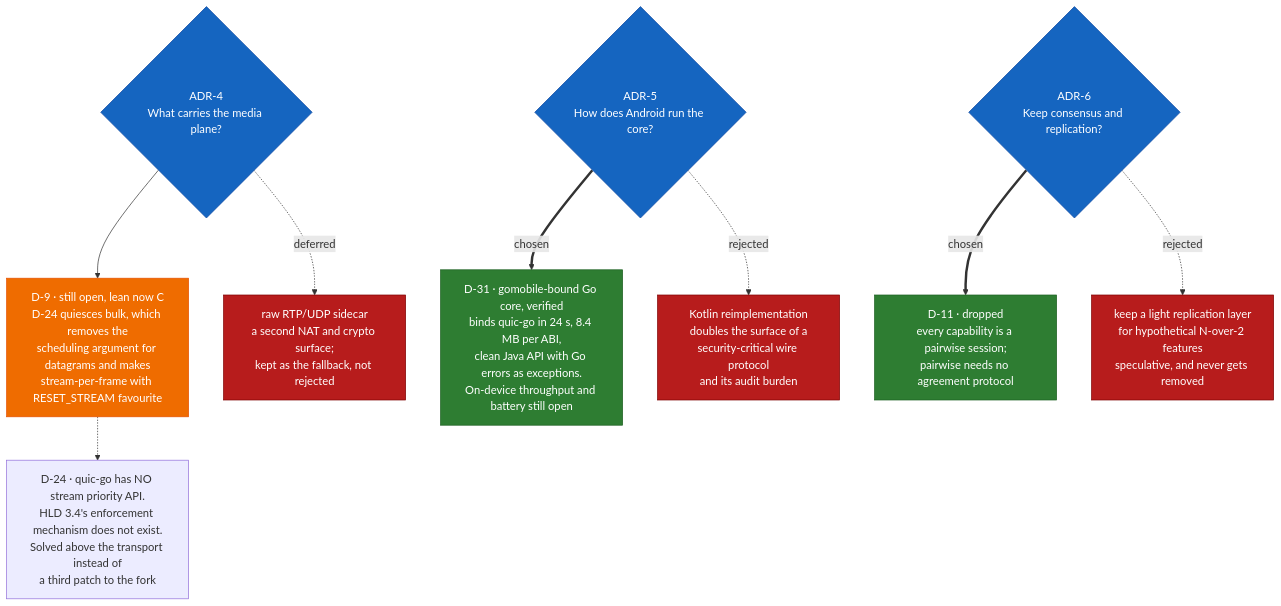
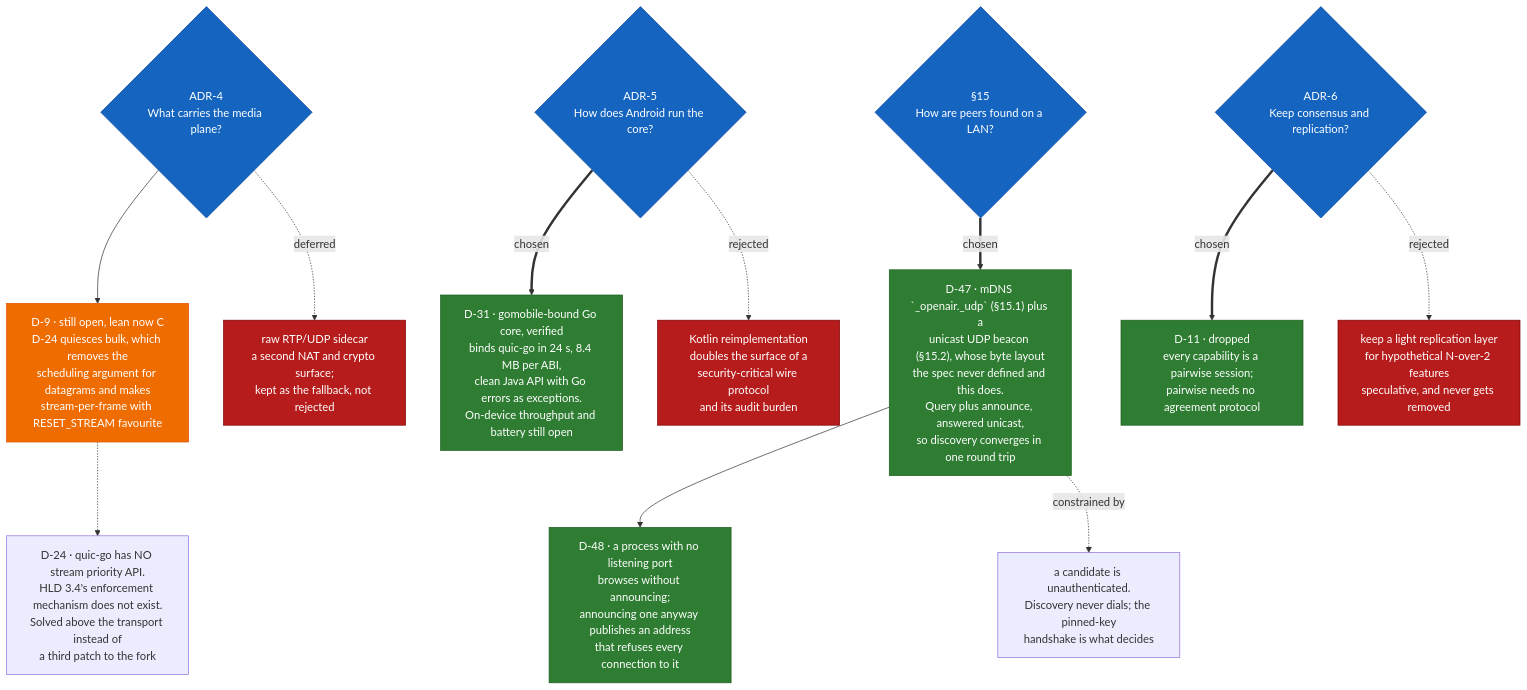
Before and after one commit to shreyashsri79/OpenAir: the third of 4 diagrams in docs/decision-tree.md, drawn with Mermaid. The commit also changed other lines of this file and 18 other files, not shown here.

First line of the commit message:
feat(discovery): M3 — LAN discovery, and transfers with no address typed

````diff
--- a/docs/decision-tree.md
+++ b/docs/decision-tree.md
@@ -127,20 +129,25 @@
 ```mermaid
 flowchart TD
     Q5{"ADR-4<br/>What carries the media plane?"}:::question
     Q5 --> D9["D-9 · still open, lean now C<br/>D-24 quiesces bulk, which removes the<br/>scheduling argument for datagrams and makes<br/>stream-per-frame with RESET_STREAM favourite"]:::open
     D9 -.-> D24N["D-24 · quic-go has NO stream priority API.<br/>HLD 3.4's enforcement mechanism does not exist.<br/>Solved above the transport instead of<br/>a third patch to the fork"]:::evidence
     Q5 -.deferred.-> R5A["raw RTP/UDP sidecar<br/>a second NAT and crypto surface;<br/>kept as the fallback, not rejected"]:::rejected
 
     Q6{"ADR-5<br/>How does Android run the core?"}:::question
     Q6 ==chosen==> D10["D-31 · gomobile-bound Go core, verified<br/>binds quic-go in 24 s, 8.4 MB per ABI,<br/>clean Java API with Go errors as exceptions.<br/>On-device throughput and battery still open"]:::accepted
     Q6 -.rejected.-> R6A["Kotlin reimplementation<br/>doubles the surface of a<br/>security-critical wire protocol<br/>and its audit burden"]:::rejected
 
+    Q8{"§15<br/>How are peers found on a LAN?"}:::question
+    Q8 ==chosen==> D47["D-47 · mDNS `_openair._udp` (§15.1) plus a<br/>unicast UDP beacon (§15.2), whose byte layout<br/>the spec never defined and this does.<br/>Query plus announce, answered unicast,<br/>so discovery converges in one round trip"]:::accepted
+    D47 --> D48["D-48 · a process with no listening port<br/>browses without announcing;<br/>announcing one anyway publishes an address<br/>that refuses every connection to it"]:::accepted
+    D47 -.constrained by.-> D47N["a candidate is unauthenticated.<br/>Discovery never dials; the pinned-key<br/>handshake is what decides"]:::evidence
+
     Q7{"ADR-6<br/>Keep consensus and replication?"}:::question
     Q7 ==chosen==> D11["D-11 · dropped<br/>every capability is a pairwise session;<br/>pairwise needs no agreement protocol"]:::accepted
     Q7 -.rejected.-> R7A["keep a light replication layer<br/>for hypothetical N-over-2 features<br/>speculative, and never gets removed"]:::rejected
 
     classDef question fill:#1565c0,color:#fff,stroke:#0d47a1
     classDef accepted fill:#2e7d32,color:#fff,stroke:#1b5e20
     classDef rejected fill:#b71c1c,color:#fff,stroke:#7f0000
     classDef open fill:#ef6c00,color:#fff,stroke:#e65100
 ```
````
